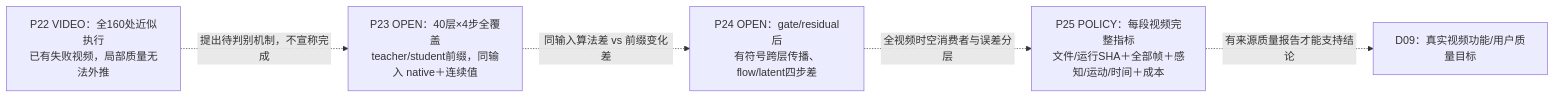
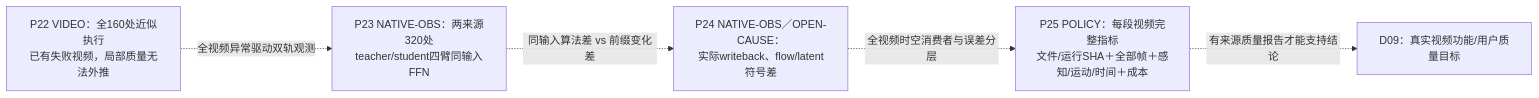
The tenth of 11 diagrams in docs/98_端到端计算图与证据注解_20261025.md (Qesire/FFNDS), drawn with Mermaid before and after one commit. The commit also changed other lines of this file, not shown here.

Commit message:
docs: integrate verified 320-site paired-native evidence into active research guidance

```diff
--- a/docs/98_端到端计算图与证据注解_20261025.md
+++ b/docs/98_端到端计算图与证据注解_20261025.md
@@ -395,12 +395,12 @@
 ~~~mermaid
 flowchart LR
   P22["P22 VIDEO：全160处近似执行<br/>已有失败视频，局部质量无法外推"]
-  P23["P23 OPEN：40层×4步全覆盖<br/>teacher/student前缀，同输入 native＋连续值"]
-  P24["P24 OPEN：gate/residual后<br/>有符号跨层传播、flow/latent四步差"]
+  P23["P23 NATIVE-OBS：两来源320处<br/>teacher/student四臂同输入FFN"]
+  P24["P24 NATIVE-OBS／OPEN-CAUSE：<br/>实际writeback、flow/latent符号差"]
   P25["P25 POLICY：每段视频完整指标<br/>文件/运行SHA＋全部帧＋感知/运动/时间＋成本"]
   OUT["D09：真实视频功能/用户质量目标"]
-  P22 -. "提出待判别机制，不宣称完成" .-> P23
+  P22 -. "全视频异常驱动双轨观测" .-> P23
   P23 -. "同输入算法差 vs 前缀变化差" .-> P24
   P24 -. "全视频时空消费者与误差分层" .-> P25
   P25 -. "有来源质量报告才能支持结论" .-> OUT
 ~~~
```
